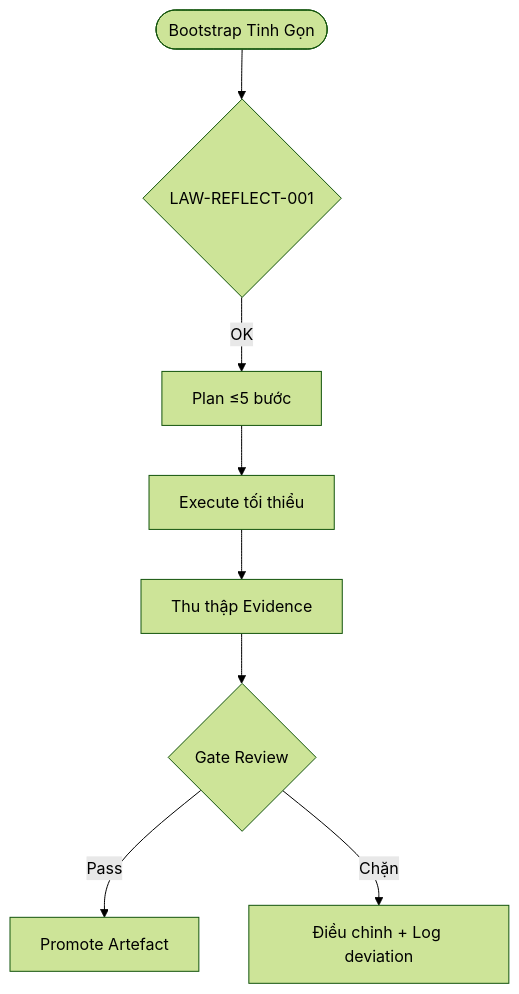
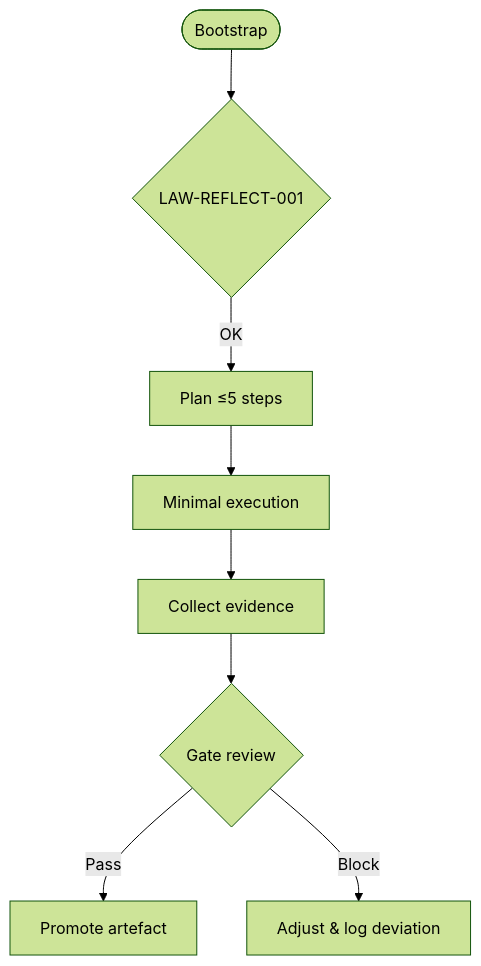
One commit to tamld/mcp-orchestration-framework changed the diagram in README.md. Above: the diagram before and after it, drawn with Mermaid (forest theme). The commit also changed other lines of this file and 15 other files, not shown here.

````diff
--- a/README.md
+++ b/README.md
@@ -15,10 +15,10 @@
 ```mermaid
 flowchart TD
-    A([Bootstrap Tinh Gọn]) --> B{LAW-REFLECT-001}
-    B -->|OK| C[Plan ≤5 bước]
-    C --> D[Execute tối thiểu]
-    D --> E[Thu thập Evidence]
-    E --> F{Gate Review}
-    F -->|Pass| G[Promote Artefact]
-    F -->|Chặn| H[Điều chỉnh + Log deviation]
+    A([Bootstrap]) --> B{LAW-REFLECT-001}
+    B -->|OK| C[Plan ≤5 steps]
+    C --> D[Minimal execution]
+    D --> E[Collect evidence]
+    E --> F{Gate review}
+    F -->|Pass| G[Promote artefact]
+    F -->|Block| H[Adjust & log deviation]
 ```
````
